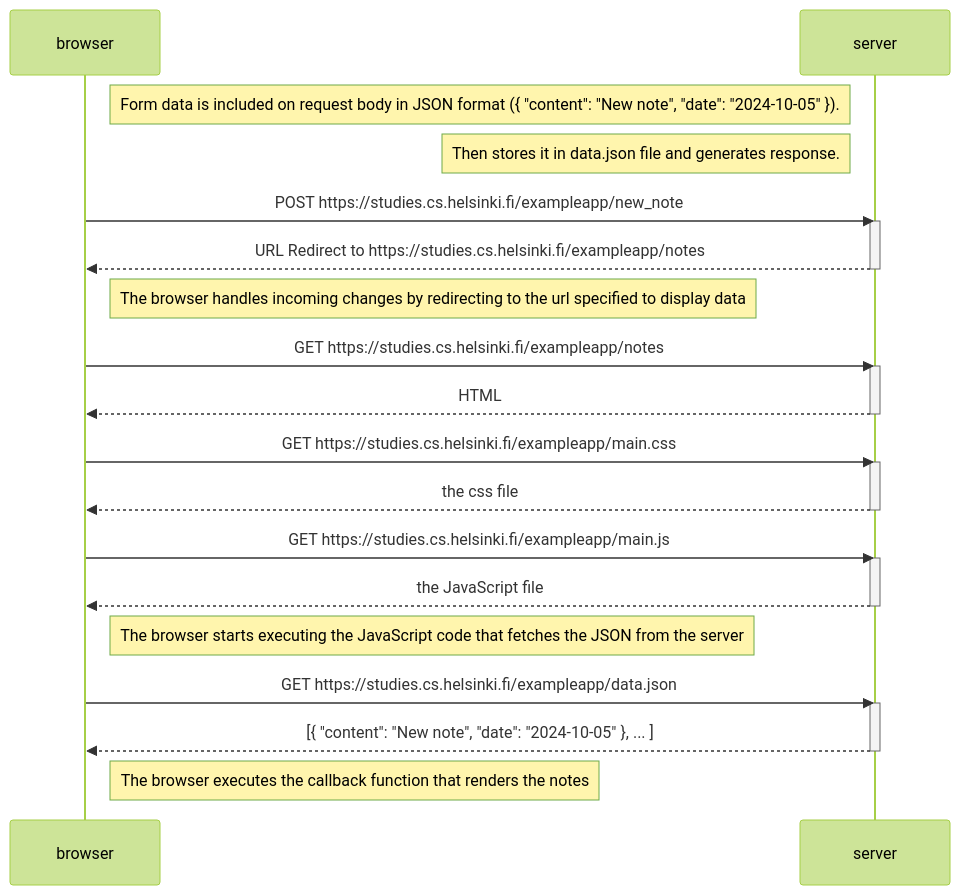
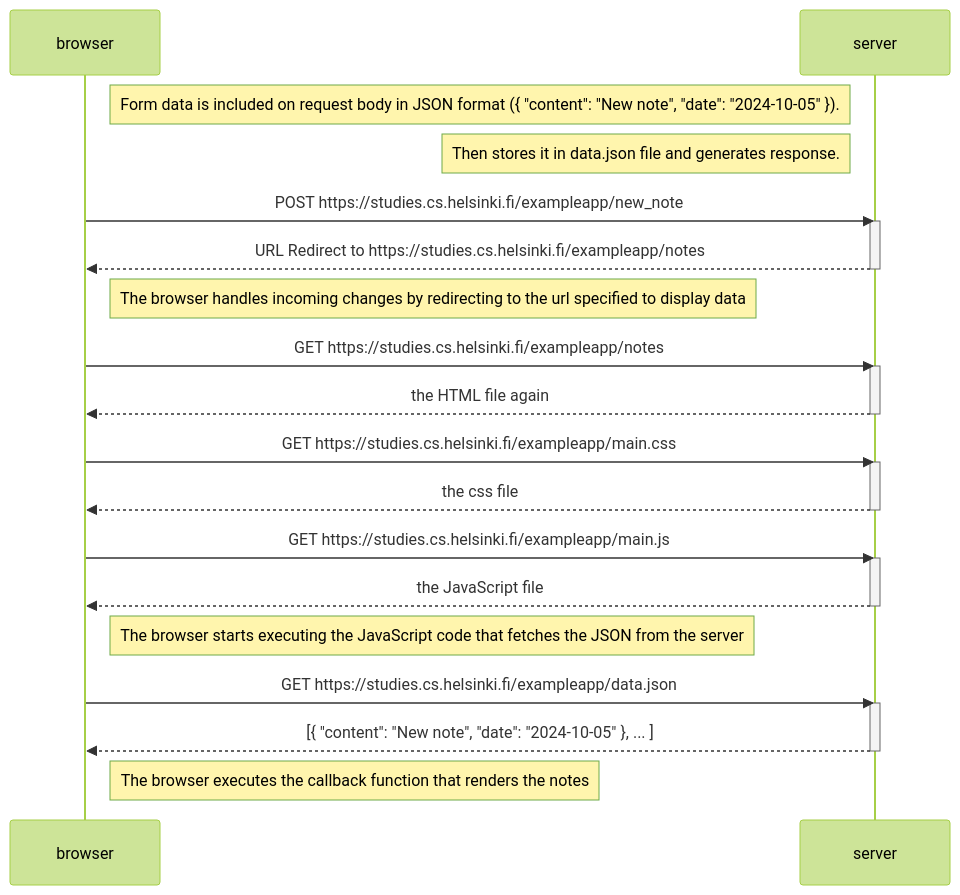
One commit to williford-abunas/fullstackopen changed the diagram in part0/Exercises/0.4-New note diagram.md. Above: the diagram before and after it, drawn with Mermaid (forest theme).

Commit message:
Update 0.4-New note diagram.md

````diff
--- a/part0/Exercises/0.4-New note diagram.md
+++ b/part0/Exercises/0.4-New note diagram.md
@@ -3,40 +3,40 @@
 ```mermaid
 sequenceDiagram
     participant browser
     participant server
 
 Note left of server: Form data is included on request body in JSON format ({ "content": "New note", "date": "2024-10-05" }).
 Note left of server: Then stores it in data.json file and generates response.
 
 
     browser->>server: POST https://studies.cs.helsinki.fi/exampleapp/new_note
     activate server
     server-->>browser: URL Redirect to https://studies.cs.helsinki.fi/exampleapp/notes
     deactivate server
 
 Note right of browser: The browser handles incoming changes by redirecting to the url specified to display data
 
     browser->>server: GET https://studies.cs.helsinki.fi/exampleapp/notes
     activate server
-    server-->>browser: HTML
+    server-->>browser: the HTML file again
     deactivate server
 
     browser->>server: GET https://studies.cs.helsinki.fi/exampleapp/main.css
     activate server
     server-->>browser: the css file
     deactivate server
 
     browser->>server: GET https://studies.cs.helsinki.fi/exampleapp/main.js
     activate server
     server-->>browser: the JavaScript file
     deactivate server
 
     Note right of browser: The browser starts executing the JavaScript code that fetches the JSON from the server
 
     browser->>server: GET https://studies.cs.helsinki.fi/exampleapp/data.json
     activate server
     server-->>browser: [{ "content": "New note", "date": "2024-10-05" }, ... ]
     deactivate server
 
     Note right of browser: The browser executes the callback function that renders the notes
 ```
````
